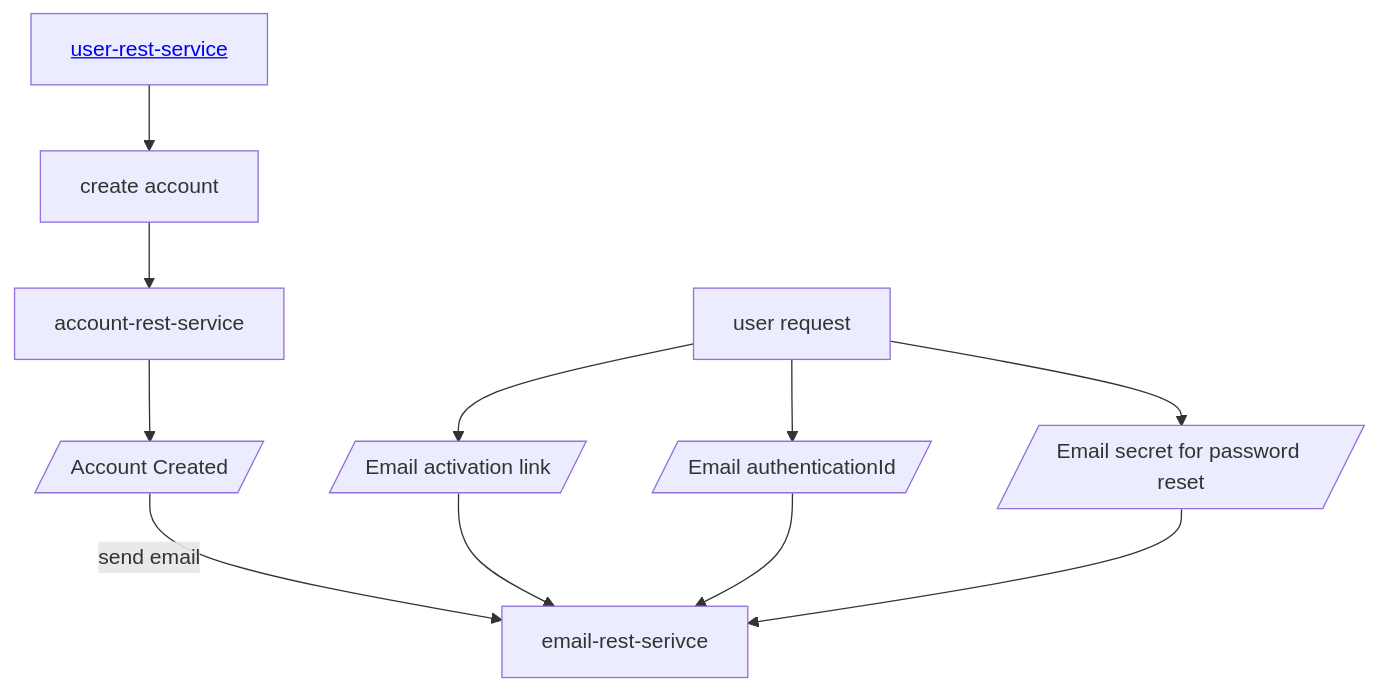
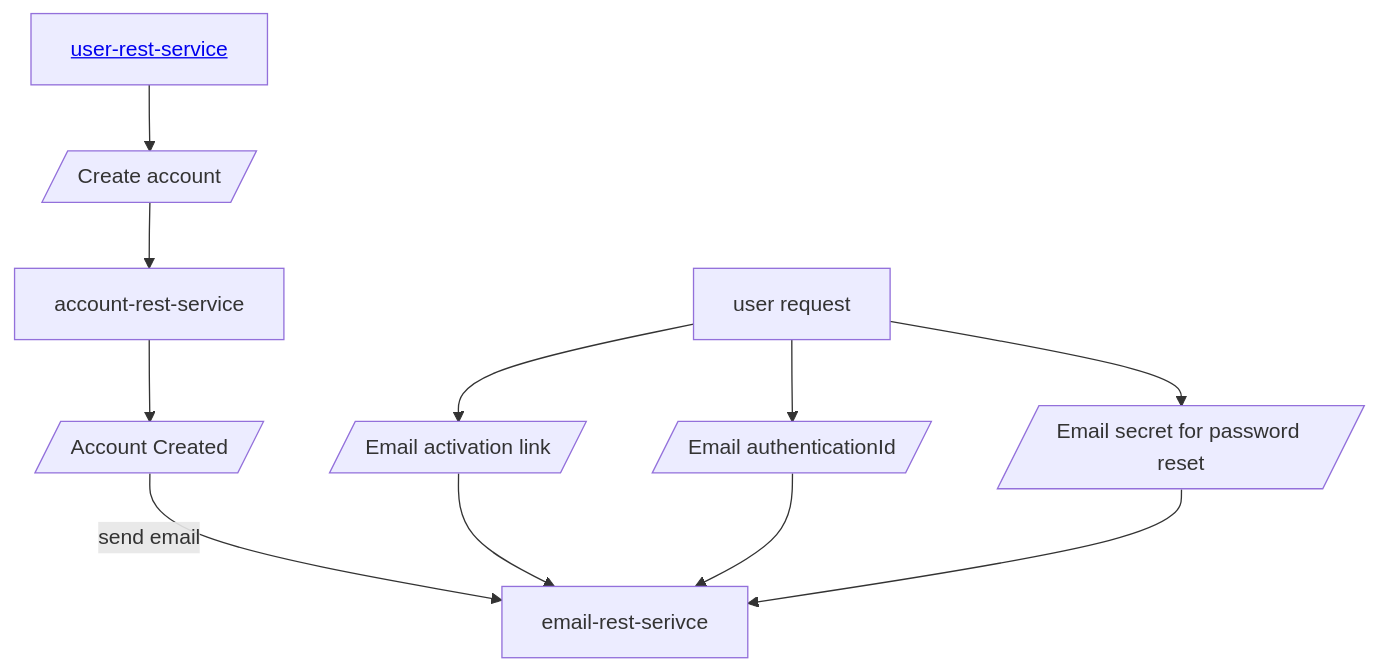
Before and after one commit to sonamsamdupkhangsar/email-rest-service: the diagram in README.md, drawn with Mermaid.

Commit message:
add mermaidms

````diff
--- a/README.md
+++ b/README.md
@@ -9,8 +9,8 @@
 ```mermaid
 flowchart TD
- UserService[<a href='https://github.com/sonamsamdupkhangsar/user-rest-service'>user-rest-service</a>] --> create[create account] -->Account[account-rest-service]
+ UserService[<a href='https://github.com/sonamsamdupkhangsar/user-rest-service'>user-rest-service</a>] --> create[/Create account/] -->Account[account-rest-service]
  Account-->accountCreated[/Account Created/]--"send email"--> email[email-rest-serivce]
  User[user request] --> emailActivationLink[/Email activation link/]--> email 
  User --> emailAuthenticationId[/Email authenticationId/]--> email
  User -->emailSecret[/Email secret for password reset/] -->email
 ```
````
